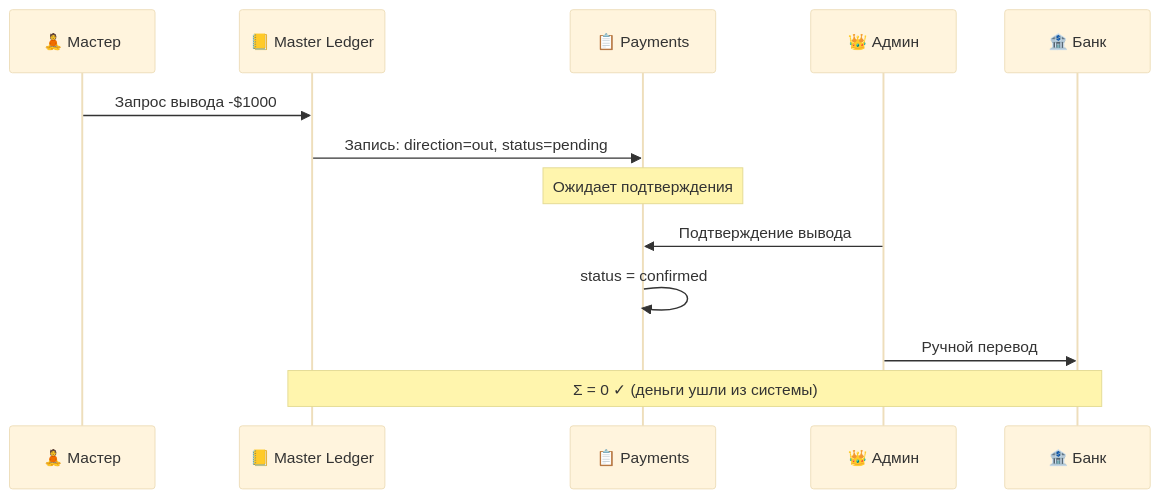
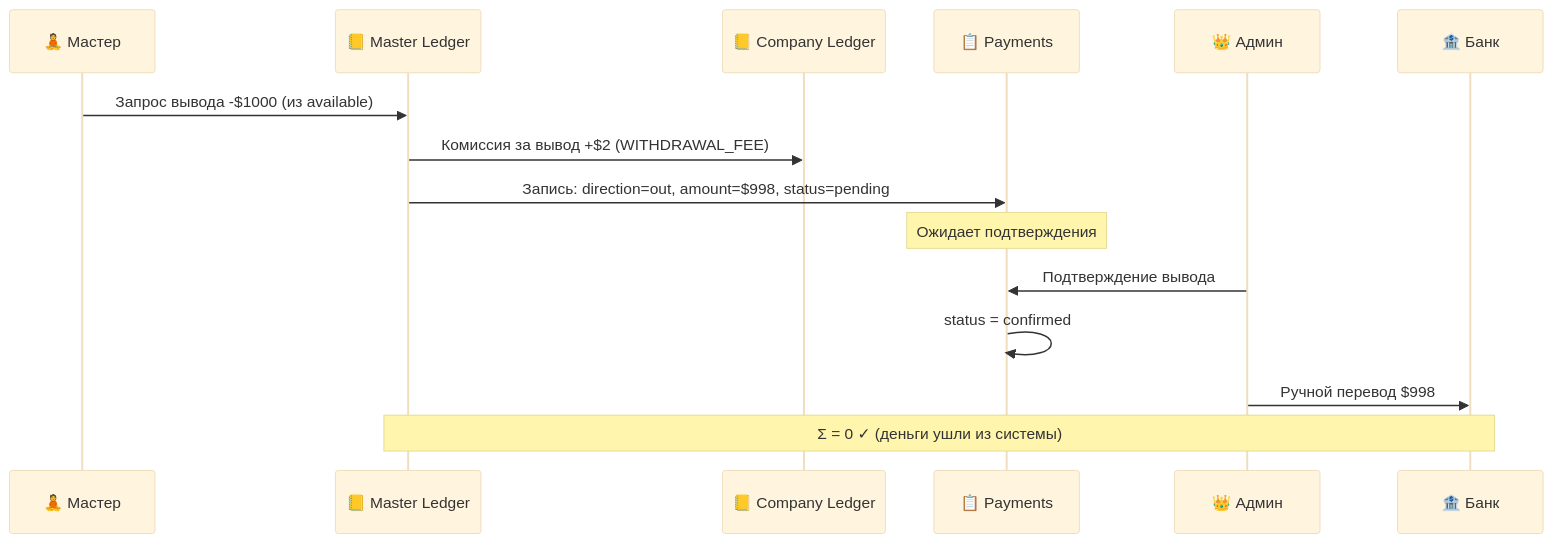
One commit to aivis-one/velo changed the sixth of 9 diagrams in VELO-Payment-System-Meeting.md. Above: the diagram before and after it, drawn with Mermaid (base theme). The commit also changed other lines of this file, not shown here.

````diff
--- a/VELO-Payment-System-Meeting.md
+++ b/VELO-Payment-System-Meeting.md
@@ -188,16 +239,18 @@
 ```mermaid
 sequenceDiagram
     participant M as 🧘 Мастер
     participant ML as 📒 Master Ledger
+    participant CL as 📒 Company Ledger
     participant P as 📋 Payments
     participant A as 👑 Админ
     participant B as 🏦 Банк
 
-    M->>ML: Запрос вывода -$1000
-    ML->>P: Запись: direction=out, status=pending
+    M->>ML: Запрос вывода -$1000 (из available)
+    ML->>CL: Комиссия за вывод +$2 (WITHDRAWAL_FEE)
+    ML->>P: Запись: direction=out, amount=$998, status=pending
     Note over P: Ожидает подтверждения
     A->>P: Подтверждение вывода
     P->>P: status = confirmed
-    A->>B: Ручной перевод
+    A->>B: Ручной перевод $998
     Note over ML,B: Σ = 0 ✓ (деньги ушли из системы)
 ```
````
